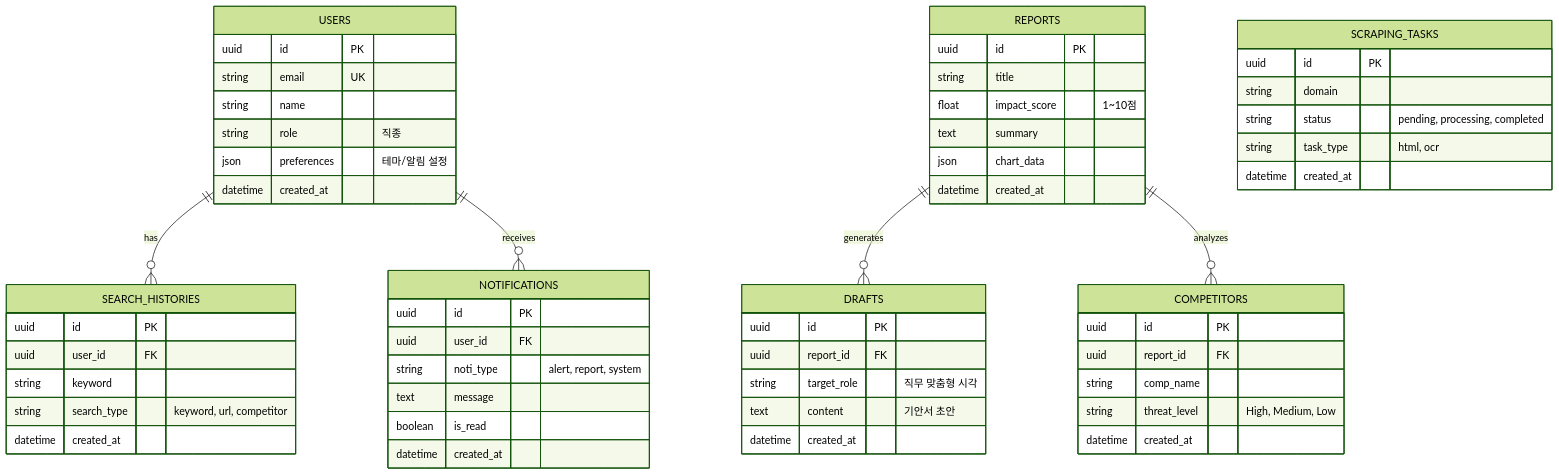
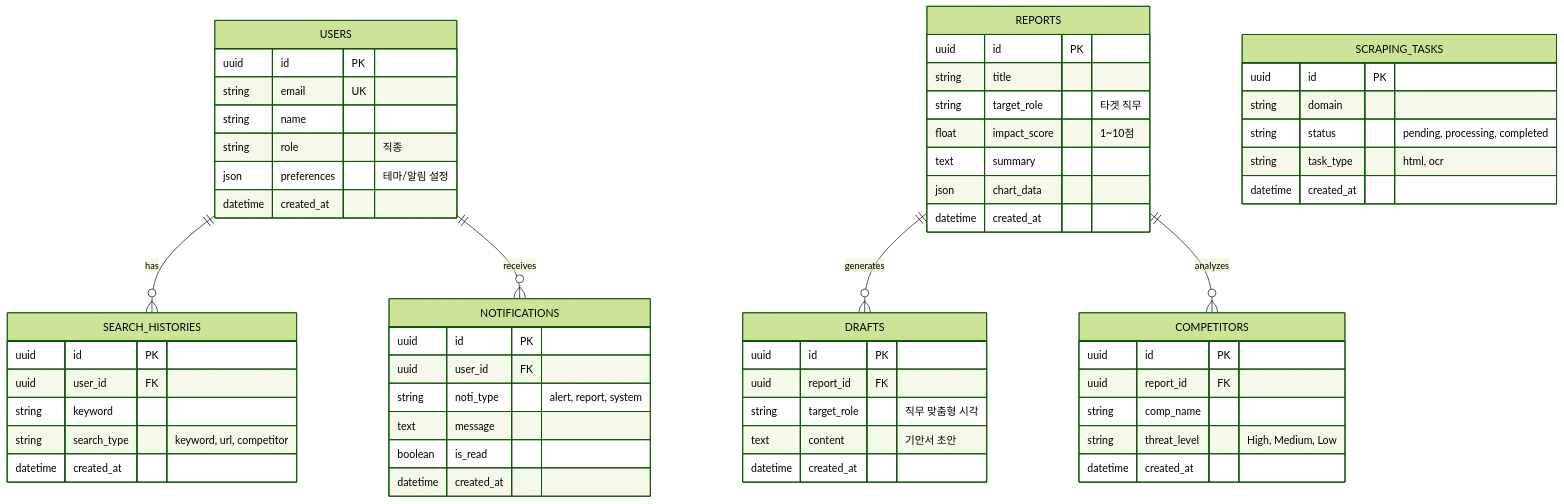
One commit to duck213/BizBeacon changed the diagram in docs/design/ERD.md. Above: the diagram before and after it, drawn with Mermaid (forest theme). The commit also changed other lines of this file and 11 other files, not shown here.

````diff
--- a/docs/design/ERD.md
+++ b/docs/design/ERD.md
@@ -7,66 +7,67 @@
 ```mermaid
 erDiagram
     USERS ||--o{ SEARCH_HISTORIES : "has"
     USERS ||--o{ NOTIFICATIONS : "receives"
     REPORTS ||--o{ DRAFTS : "generates"
     REPORTS ||--o{ COMPETITORS : "analyzes"
 
     USERS {
         uuid id PK
         string email UK
         string name
         string role "직종"
         json preferences "테마/알림 설정"
         datetime created_at
     }
 
     SEARCH_HISTORIES {
         uuid id PK
         uuid user_id FK
         string keyword
         string search_type "keyword, url, competitor"
         datetime created_at
     }
 
     REPORTS {
         uuid id PK
         string title
+        string target_role "타겟 직무"
         float impact_score "1~10점"
         text summary
         json chart_data
         datetime created_at
     }
 
     COMPETITORS {
         uuid id PK
         uuid report_id FK
         string comp_name
         string threat_level "High, Medium, Low"
         datetime created_at
     }
 
     DRAFTS {
         uuid id PK
         uuid report_id FK
         string target_role "직무 맞춤형 시각"
         text content "기안서 초안"
         datetime created_at
     }
 
     SCRAPING_TASKS {
         uuid id PK
         string domain
         string status "pending, processing, completed"
         string task_type "html, ocr"
         datetime created_at
     }
 
     NOTIFICATIONS {
         uuid id PK
         uuid user_id FK
         string noti_type "alert, report, system"
         text message
         boolean is_read
         datetime created_at
     }
 ```
````
